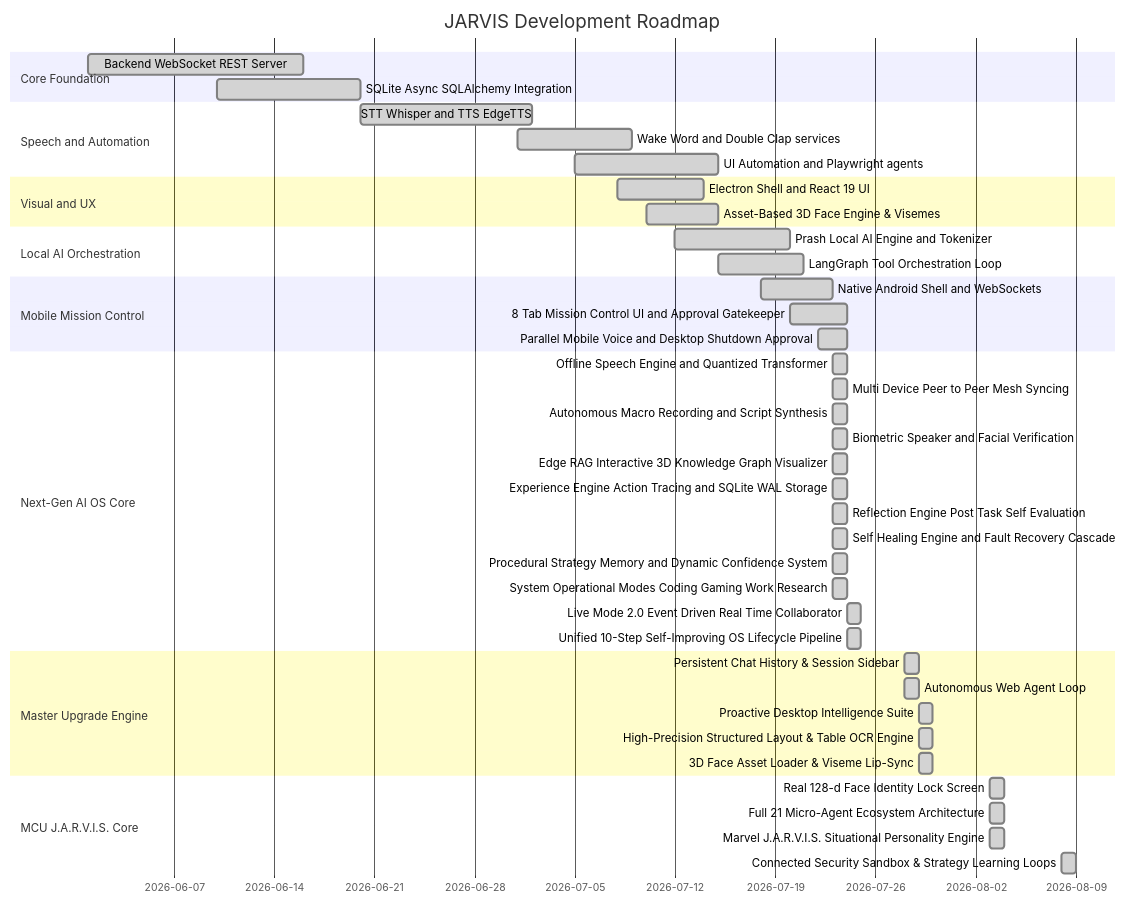
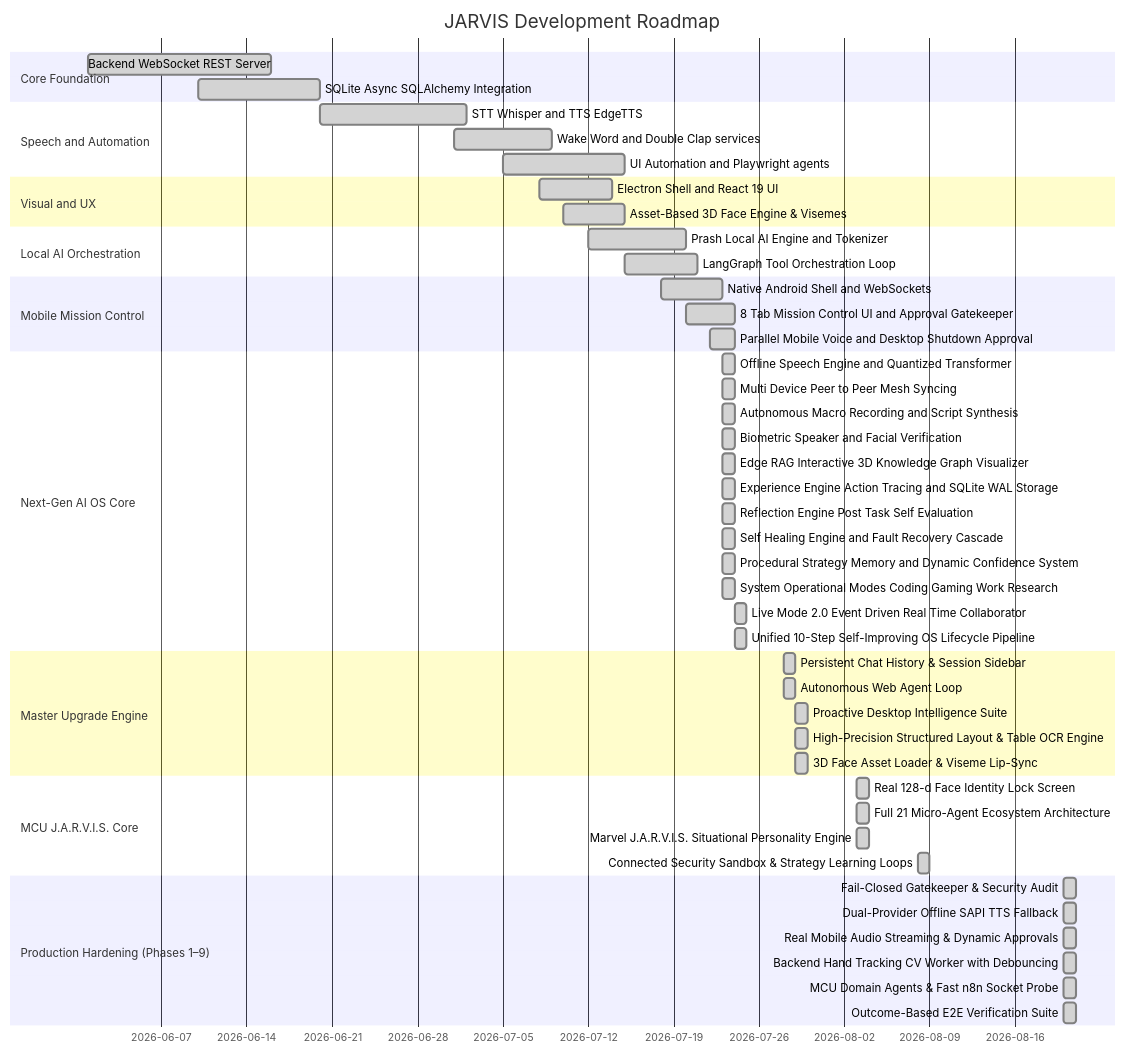
One commit to Ashrit-Raghupatruni/JARVIS changed the diagram in documentations/uptodate.md. Above: the diagram before and after it, drawn with Mermaid. The commit also changed other lines of this file and 8 other files, not shown here.

First line of the commit message:
docs: Update comprehensive documentation and roadmaps for 9-phase production upgrade

````diff
--- a/documentations/uptodate.md
+++ b/documentations/uptodate.md
@@ -9,46 +9,53 @@
 ```mermaid
 gantt
     title JARVIS Development Roadmap
     dateFormat YYYY-MM-DD
     section Core Foundation
     Backend WebSocket REST Server :done, t1_1, 2026-06-01, 15d
     SQLite Async SQLAlchemy Integration :done, t1_2, 2026-06-10, 10d
     section Speech and Automation
     STT Whisper and TTS EdgeTTS :done, t2_1, 2026-06-20, 12d
     Wake Word and Double Clap services :done, t2_2, 2026-07-01, 8d
     UI Automation and Playwright agents :done, t2_3, 2026-07-05, 10d
     section Visual and UX
     Electron Shell and React 19 UI :done, t3_1, 2026-07-08, 6d
     Asset-Based 3D Face Engine & Visemes :done, t3_2, 2026-07-10, 5d
     section Local AI Orchestration
     Prash Local AI Engine and Tokenizer :done, t4_1, 2026-07-12, 8d
     LangGraph Tool Orchestration Loop :done, t4_2, 2026-07-15, 6d
     section Mobile Mission Control
     Native Android Shell and WebSockets :done, t5_1, 2026-07-18, 5d
     8 Tab Mission Control UI and Approval Gatekeeper :done, t5_2, 2026-07-20, 4d
     Parallel Mobile Voice and Desktop Shutdown Approval :done, t5_3, 2026-07-22, 2d
     section Next-Gen AI OS Core
     Offline Speech Engine and Quantized Transformer :done, t6_1, 2026-07-23, 1d
     Multi Device Peer to Peer Mesh Syncing :done, t6_2, 2026-07-23, 1d
     Autonomous Macro Recording and Script Synthesis :done, t6_3, 2026-07-23, 1d
     Biometric Speaker and Facial Verification :done, t6_4, 2026-07-23, 1d
     Edge RAG Interactive 3D Knowledge Graph Visualizer :done, t6_5, 2026-07-23, 1d
     Experience Engine Action Tracing and SQLite WAL Storage :done, t6_6, 2026-07-23, 1d
     Reflection Engine Post Task Self Evaluation :done, t6_7, 2026-07-23, 1d
     Self Healing Engine and Fault Recovery Cascade :done, t6_8, 2026-07-23, 1d
     Procedural Strategy Memory and Dynamic Confidence System :done, t6_9, 2026-07-23, 1d
     System Operational Modes Coding Gaming Work Research :done, t6_10, 2026-07-23, 1d
     Live Mode 2.0 Event Driven Real Time Collaborator :done, t6_11, 2026-07-24, 1d
     Unified 10-Step Self-Improving OS Lifecycle Pipeline :done, t6_12, 2026-07-24, 1d
     section Master Upgrade Engine
     Persistent Chat History & Session Sidebar :done, t7_1, 2026-07-28, 1d
     Autonomous Web Agent Loop :done, t7_2, 2026-07-28, 1d
     Proactive Desktop Intelligence Suite :done, t7_3, 2026-07-29, 1d
     High-Precision Structured Layout & Table OCR Engine :done, t7_4, 2026-07-29, 1d
     3D Face Asset Loader & Viseme Lip-Sync :done, t7_5, 2026-07-29, 1d
     section MCU J.A.R.V.I.S. Core
     Real 128-d Face Identity Lock Screen :done, t8_1, 2026-08-03, 1d
     Full 21 Micro-Agent Ecosystem Architecture :done, t8_2, 2026-08-03, 1d
     Marvel J.A.R.V.I.S. Situational Personality Engine :done, t8_3, 2026-08-03, 1d
     Connected Security Sandbox & Strategy Learning Loops :done, t8_4, 2026-08-08, 1d
+    section Production Hardening (Phases 1–9)
+    Fail-Closed Gatekeeper & Security Audit :done, t9_1, 2026-08-20, 1d
+    Dual-Provider Offline SAPI TTS Fallback :done, t9_2, 2026-08-20, 1d
+    Real Mobile Audio Streaming & Dynamic Approvals :done, t9_3, 2026-08-20, 1d
+    Backend Hand Tracking CV Worker with Debouncing :done, t9_4, 2026-08-20, 1d
+    MCU Domain Agents & Fast n8n Socket Probe :done, t9_5, 2026-08-20, 1d
+    Outcome-Based E2E Verification Suite :done, t9_6, 2026-08-20, 1d
 ```
````
